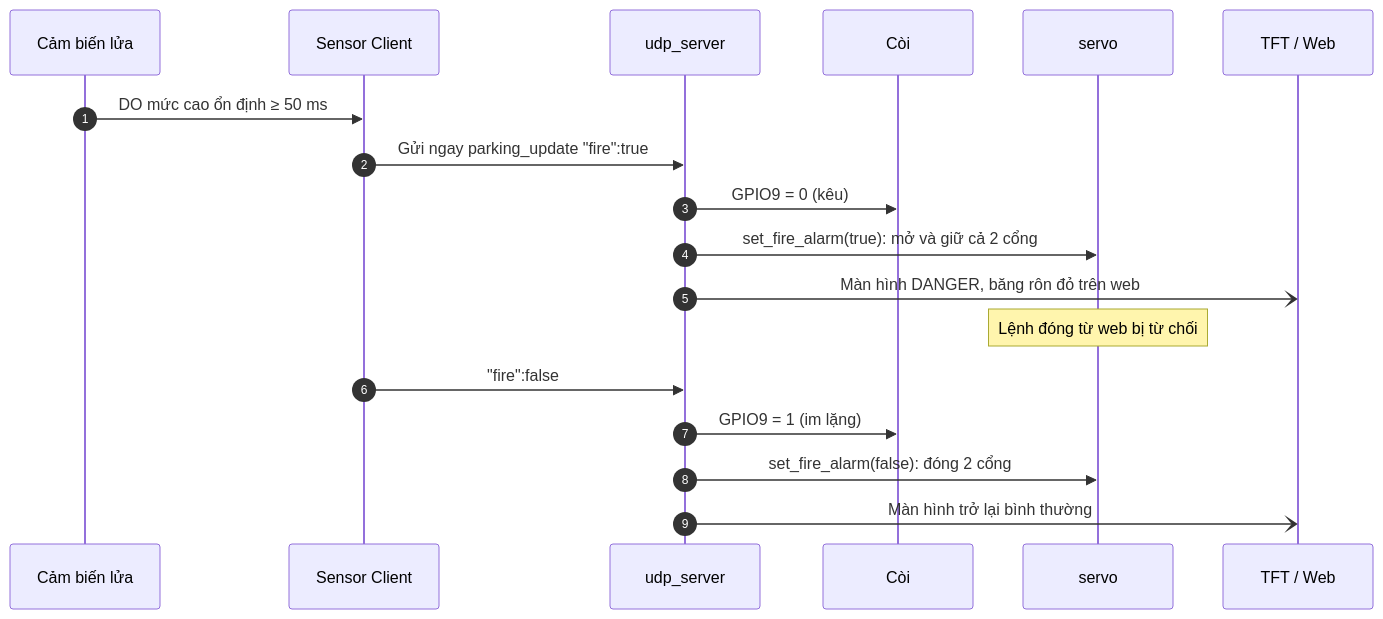
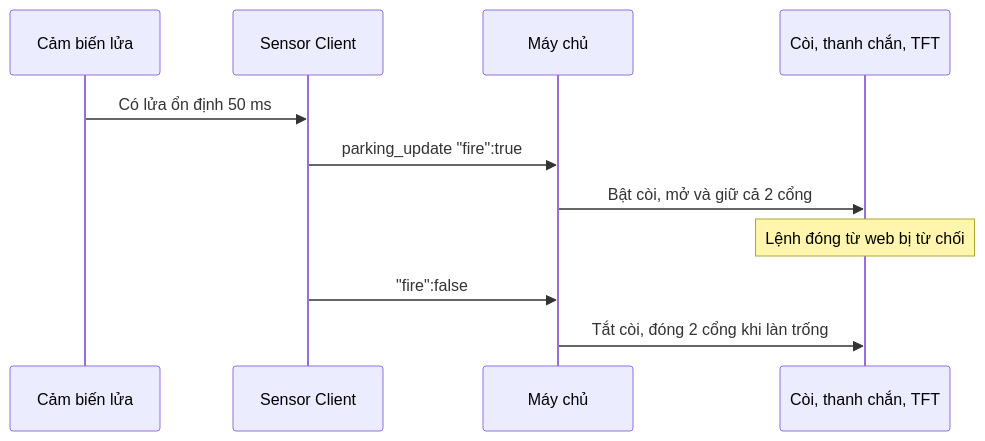
The diagram in report/diagrams/seq_fire.mmd (thinhdinh25/INT3108_embedded-Smart-Parking-Project), drawn with Mermaid before and after one commit. The commit also changed 12 other files, not shown here.

```diff
--- a/report/diagrams/seq_fire.mmd
+++ b/report/diagrams/seq_fire.mmd
@@ -1,18 +1,11 @@
 sequenceDiagram
-  autonumber
   participant F as Cảm biến lửa
   participant SC as Sensor Client
-  participant S as udp_server
-  participant Z as Còi
-  participant B as servo
-  participant L as TFT / Web
-  F->>SC: DO mức cao ổn định ≥ 50 ms
-  SC->>S: Gửi ngay parking_update "fire":true
-  S->>Z: GPIO9 = 0 (kêu)
-  S->>B: set_fire_alarm(true): mở và giữ cả 2 cổng
-  S-)L: Màn hình DANGER, băng rôn đỏ trên web
+  participant S as Máy chủ
+  participant B as Còi, thanh chắn, TFT
+  F->>SC: Có lửa ổn định 50 ms
+  SC->>S: parking_update "fire":true
+  S->>B: Bật còi, mở và giữ cả 2 cổng
   Note over B: Lệnh đóng từ web bị từ chối
   SC->>S: "fire":false
-  S->>Z: GPIO9 = 1 (im lặng)
-  S->>B: set_fire_alarm(false): đóng 2 cổng
-  S-)L: Màn hình trở lại bình thường
+  S->>B: Tắt còi, đóng 2 cổng khi làn trống
```
